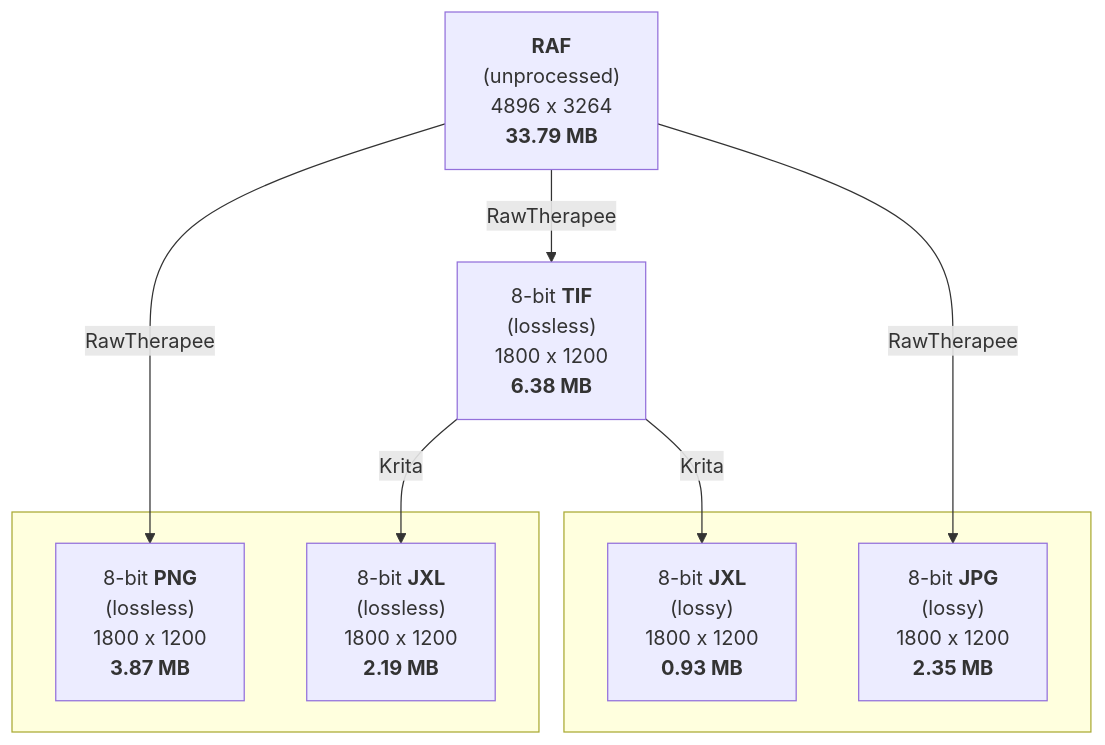
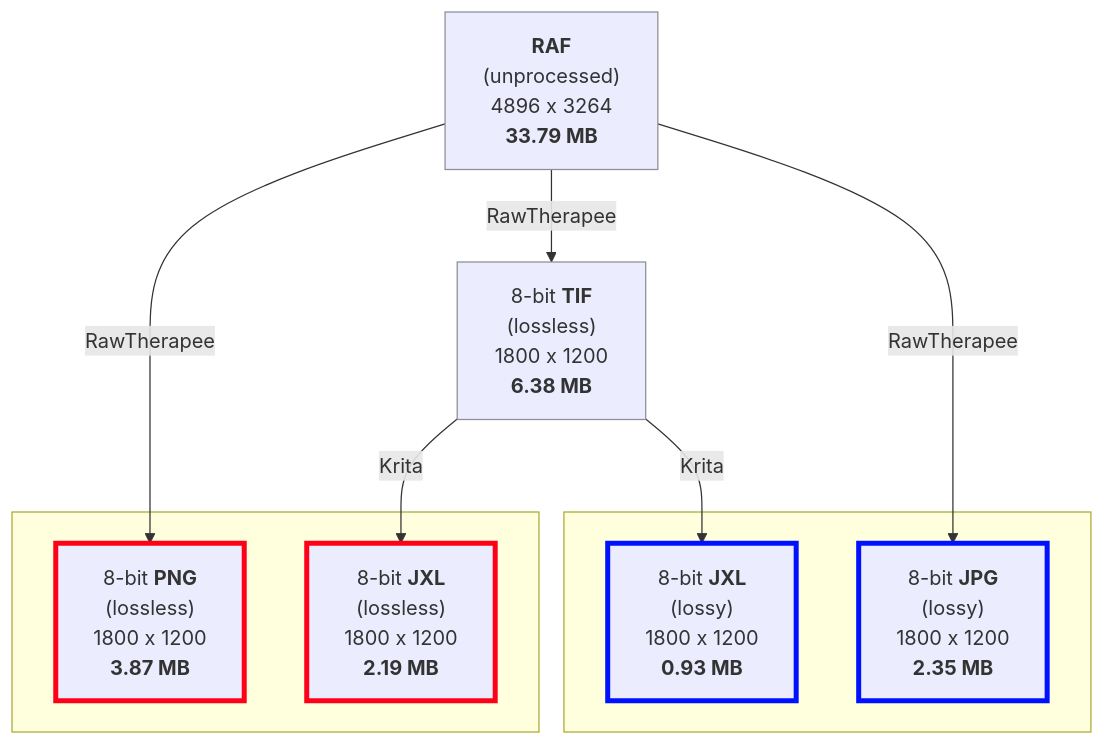
Before and after one commit to martbetz/Exploring-JXL: the diagram in file-size-comparison.md, drawn with Mermaid.

````diff
--- a/file-size-comparison.md
+++ b/file-size-comparison.md
@@ -3,20 +3,22 @@
 ```mermaid 
     graph TD
-    A["<b>RAF</b><br>(unprocessed)<br>4896 x 3264<br><b>33.79 MB</b>"] -- " RawTherapee " --> B["8-bit <b>PNG</b><br>(lossless)<br>1800 x 1200<br><b>3.87 MB</b>"]
-
-    A["<b>RAF</b><br>(unprocessed)<br>4896x 3264<br><b>33.79 MB</b>"] -- " RawTherapee " --> C["<b>TIF</b><br>(lossless)<br>1800 x 1200<br><b>33.79 MB</b>"]
+    style A stroke:#8d8e95
+    A["<b>RAF</b><br>(unprocessed)<br>4896 x 3264<br><b>33.79 MB</b>"] -- " RawTherapee " --> B["8-bit <b>PNG</b><br>(lossless)<br>1800 x 1200<br><b>3.87 MB</b>"]
+    style B stroke:#ff0019, stroke-width:4px
+    A["<b>RAF</b><br>(unprocessed)<br>4896 x 3264<br><b>33.79 MB</b>"] -- " RawTherapee " --> C["<b>TIF</b><br>(lossless)<br>1800 x 1200<br><b>33.79 MB</b>"]
     A["<b>RAF</b><br>(unprocessed)<br>4896 x 3264<br><b>33.79 MB</b>"] -- " RawTherapee " --> D["8-bit <b>JPG</b><br>(lossy)<br>1800 x 1200 <br><b>2.35 MB</b>"]
-    
+    style D stroke:#0011ff, stroke-width:4px
+    style C stroke:#8d8e95
     C["8-bit <b>TIF</b><br>(lossless)<br>1800 x 1200<br><b>6.38 MB</b>"] -- Krita --> E["8-bit <b>JXL</b><br>(lossless) <br>1800 x 1200<br><b>2.19 MB</b>"]
-    
+    style E stroke:#ff0019, stroke-width:4px
     C["8-bit <b>TIF</b><br>(lossless)<br>1800 x 1200<br><b>6.38 MB</b>"] -- Krita --> F["8-bit <b>JXL</b><br>(lossy)<br>1800 x 1200<br> <b>0.93 MB</b>"]
-
+    style F stroke:#0011ff, stroke-width:4px
     subgraph " "
     F["8-bit <b>JXL</b><br>(lossy)<br>1800 x 1200<br> <b>0.93 MB</b>"]
     D["8-bit <b>JPG</b><br>(lossy)<br>1800 x 1200 <br><b>2.35 MB</b>"]
     end
     subgraph " "
     E["8-bit <b>JXL</b><br>(lossless) <br>1800 x 1200<br><b>2.19 MB</b>"]
     B["8-bit <b>PNG</b><br>(lossless)<br>1800 x 1200<br><b>3.87 MB</b>"]
     end
 ```
````
